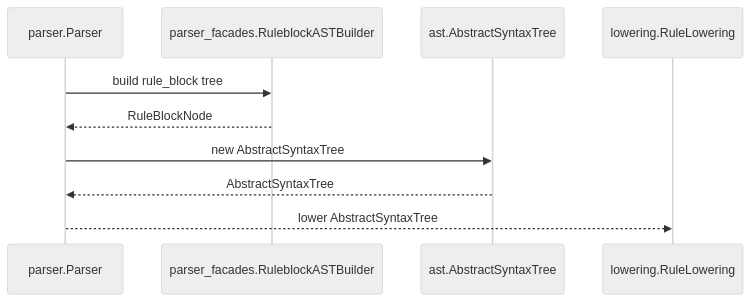
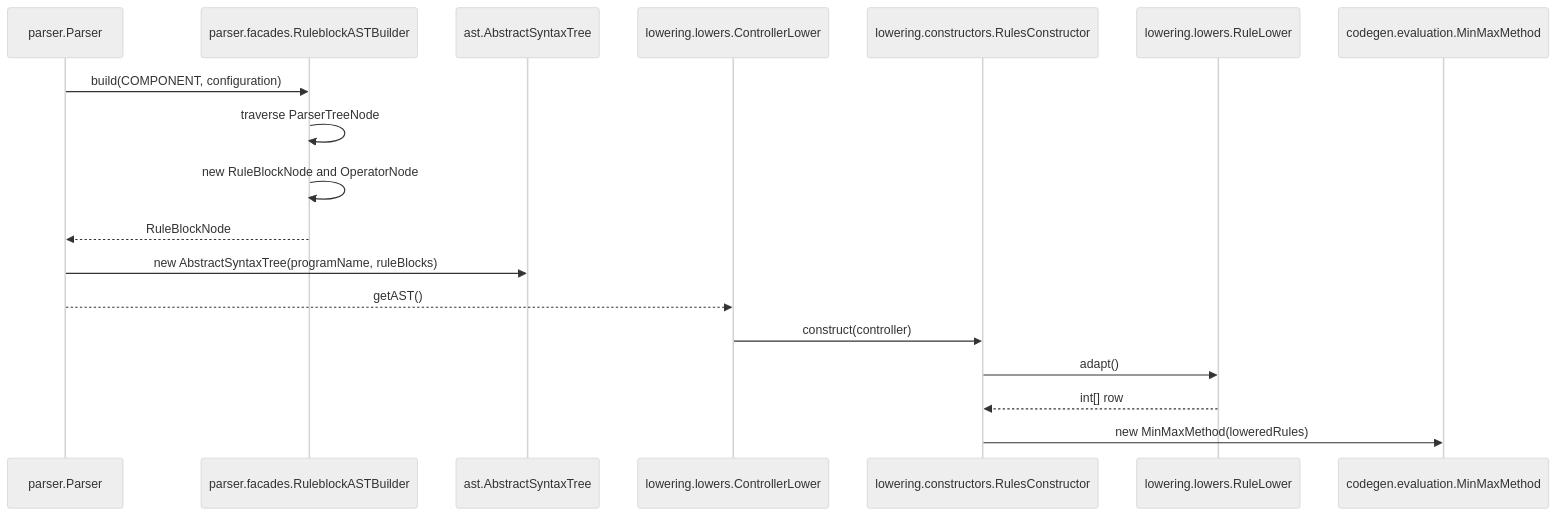
The third of 3 diagrams in doc/modules/ast.md (PascalUser/FLC-IEC61131-7), drawn with Mermaid (neutral theme) before and after one commit. The commit also changed other lines of this file and 191 other files, not shown here.

````diff
--- a/doc/modules/ast.md
+++ b/doc/modules/ast.md
@@ -186,13 +277,21 @@
 ```mermaid
 sequenceDiagram
-    participant Parser as parser.Parser
-    participant Builder as parser_facades.RuleblockASTBuilder
-    participant AST as ast.AbstractSyntaxTree
-    participant Lowering as lowering.RuleLowering
+    participant P as parser.Parser
+    participant B as parser.facades.RuleblockASTBuilder
+    participant T as ast.AbstractSyntaxTree
+    participant C as lowering.lowers.ControllerLower
+    participant R as lowering.constructors.RulesConstructor
+    participant L as lowering.lowers.RuleLower
+    participant M as codegen.evaluation.MinMaxMethod
 
-    Parser->>Builder: build rule_block tree
-    Builder-->>Parser: RuleBlockNode
-    Parser->>AST: new AbstractSyntaxTree
-    AST-->>Parser: AbstractSyntaxTree
-    Parser-->>Lowering: lower AbstractSyntaxTree
+    P->>B: build(COMPONENT, configuration)
+    B->>B: traverse ParserTreeNode
+    B->>B: new RuleBlockNode and OperatorNode
+    B-->>P: RuleBlockNode
+    P->>T: new AbstractSyntaxTree(programName, ruleBlocks)
+    P-->>C: getAST()
+    C->>R: construct(controller)
+    R->>L: adapt()
+    L-->>R: int[] row
+    R->>M: new MinMaxMethod(loweredRules)
 ```
````
